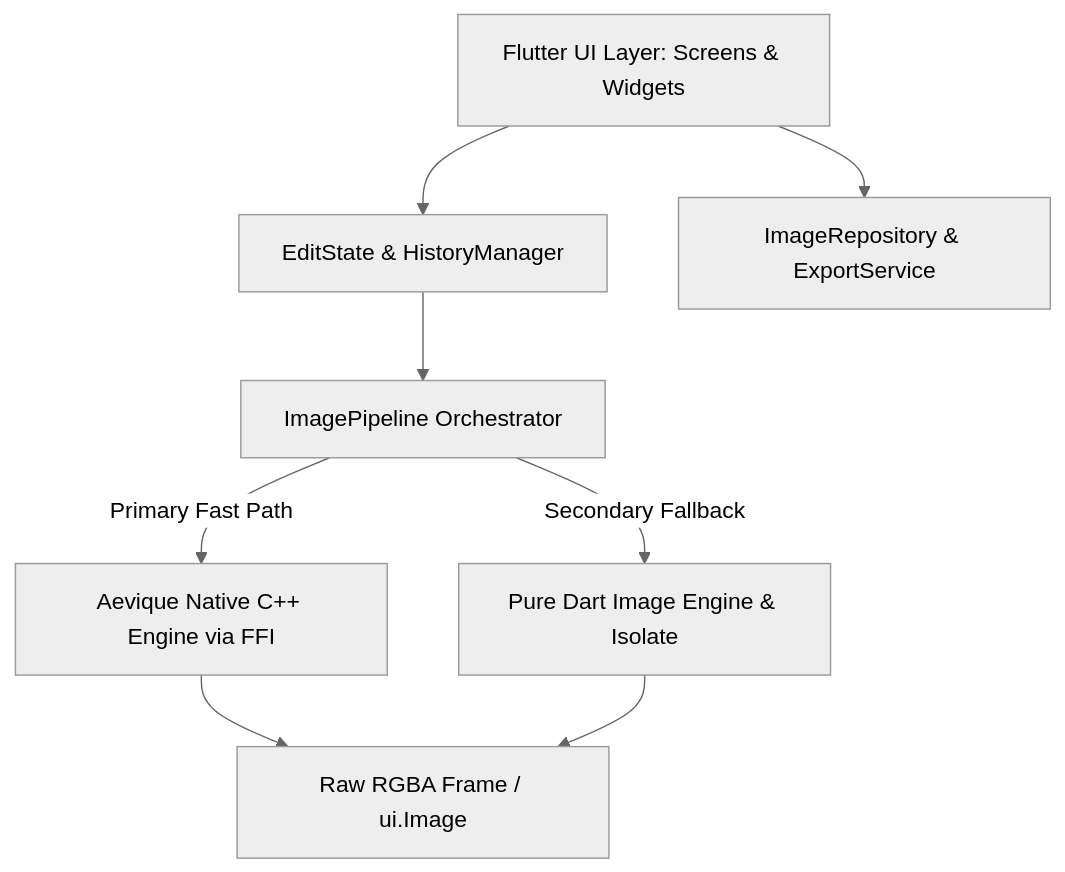
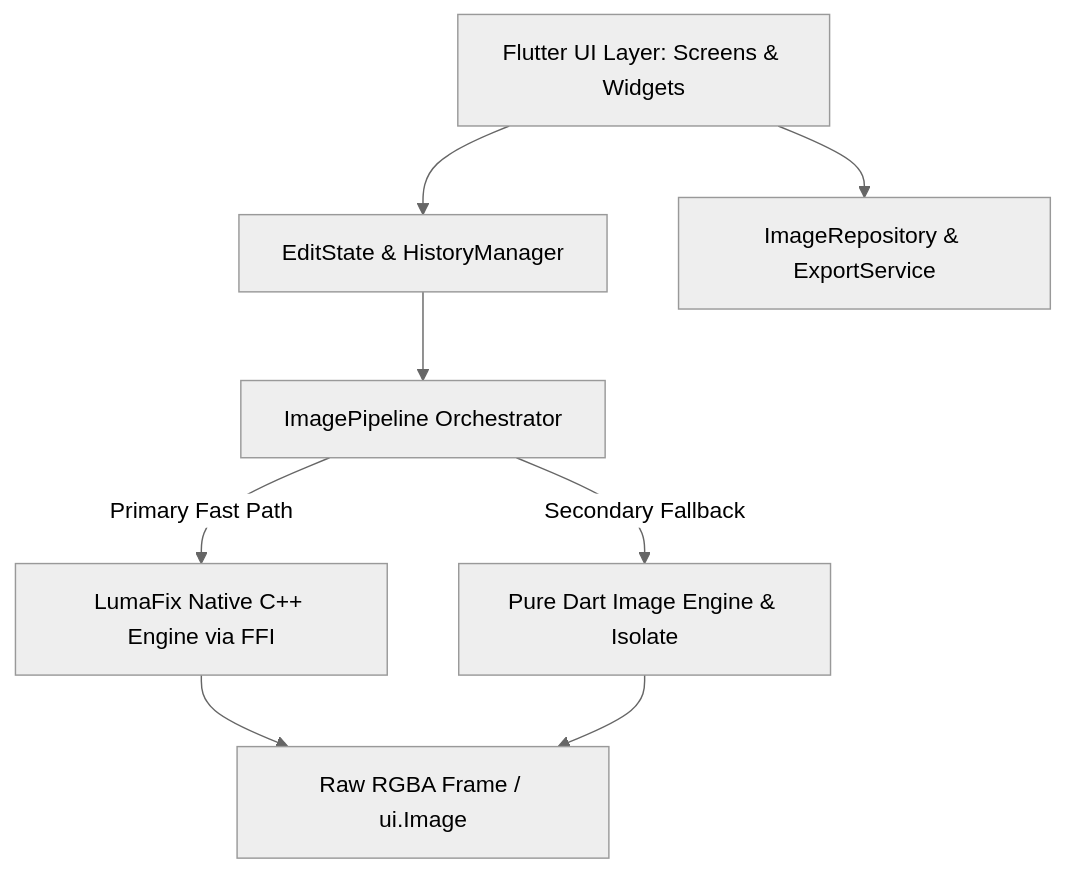
Before and after one commit to MrhRafi3/AEVIQUE: the diagram in .planning/codebase/ARCHITECTURE.md, drawn with Mermaid (neutral theme). The commit also changed other lines of this file and 130 other files, not shown here.

Commit message:
feat: complete LumaFix rebranding and technical migration across Flutter, C++ engine, Android, iOS and GitHub

````diff
--- a/.planning/codebase/ARCHITECTURE.md
+++ b/.planning/codebase/ARCHITECTURE.md
@@ -13,10 +13,10 @@
 ```mermaid
 flowchart TD
     UI[Flutter UI Layer: Screens & Widgets] --> Model[EditState & HistoryManager]
     UI --> Service[ImageRepository & ExportService]
     Model --> Pipeline[ImagePipeline Orchestrator]
-    Pipeline -->|Primary Fast Path| Native[Aevique Native C++ Engine via FFI]
+    Pipeline -->|Primary Fast Path| Native[LumaFix Native C++ Engine via FFI]
     Pipeline -->|Secondary Fallback| DartEngine[Pure Dart Image Engine & Isolate]
     Native --> Output[Raw RGBA Frame / ui.Image]
     DartEngine --> Output
 ```
````
